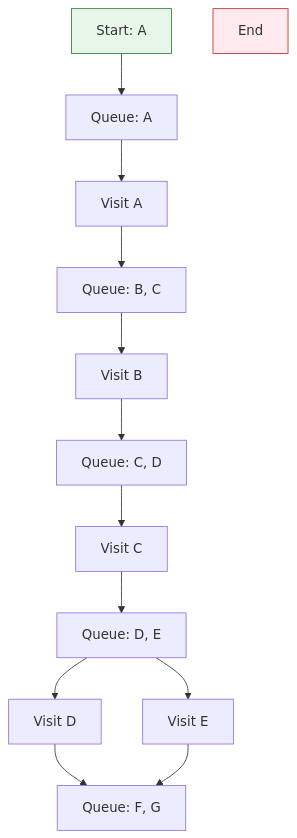
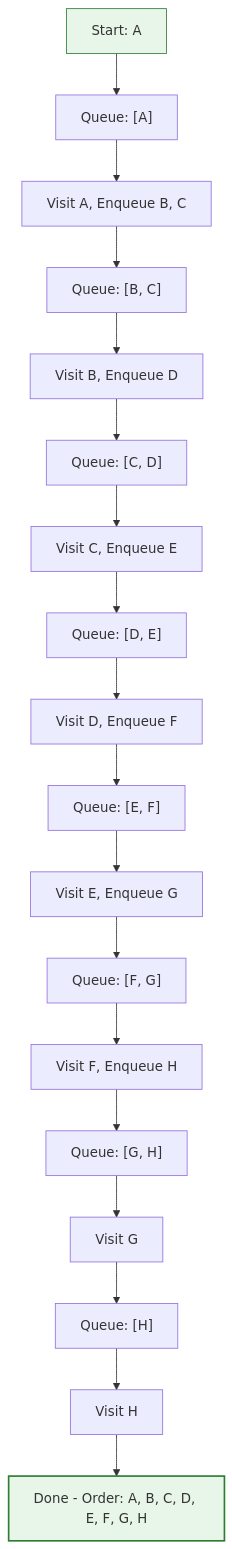
One commit to imyash0722/SEM3-DSA-UE25CS52A-STUDY-MATERIAL changed the fourth of 9 diagrams in site/docs/unit3/theory/unit3_09_graphs.md. Above: the diagram before and after it, drawn with Mermaid. The commit also changed other lines of this file and 113 other files, not shown here.

Commit message:
Fix Mermaid diagram syntax, dark mode readability, algorithmic visualizations, and update site build

````diff
--- a/site/docs/unit3/theory/unit3_09_graphs.md
+++ b/site/docs/unit3/theory/unit3_09_graphs.md
@@ -156,17 +143,23 @@
 ```mermaid
 graph TD
-    Start[Start: A] --> Q1[Queue: A]
-    Q1 --> V1[Visit A]
-    V1 --> Q2[Queue: B, C]
-    Q2 --> V2[Visit B]
-    V2 --> Q3[Queue: C, D]
-    Q3 --> V3[Visit C]
-    V3 --> Q4[Queue: D, E]
-    Q4 --> V4[Visit D]
-    V4 --> Q5[Queue: E, F]
-    Q4 --> V5[Visit E]
-    V5 --> Q5[Queue: F, G]
+    Start["Start: A"] --> Q1["Queue: [A]"]
+    Q1 --> V1["Visit A, Enqueue B, C"]
+    V1 --> Q2["Queue: [B, C]"]
+    Q2 --> V2["Visit B, Enqueue D"]
+    V2 --> Q3["Queue: [C, D]"]
+    Q3 --> V3["Visit C, Enqueue E"]
+    V3 --> Q4["Queue: [D, E]"]
+    Q4 --> V4["Visit D, Enqueue F"]
+    V4 --> Q5["Queue: [E, F]"]
+    Q5 --> V5["Visit E, Enqueue G"]
+    V5 --> Q6["Queue: [F, G]"]
+    Q6 --> V6["Visit F, Enqueue H"]
+    V6 --> Q7["Queue: [G, H]"]
+    Q7 --> V7["Visit G"]
+    V7 --> Q8["Queue: [H]"]
+    Q8 --> V8["Visit H"]
+    V8 --> Done["Done - Order: A, B, C, D, E, F, G, H"]
     
     style Start fill:#e8f5e9,stroke:#2e7d32
-    style End fill:#ffebee,stroke:#c62828
+    style Done fill:#e8f5e9,stroke:#2e7d32,stroke-width:2px
 ```
````
